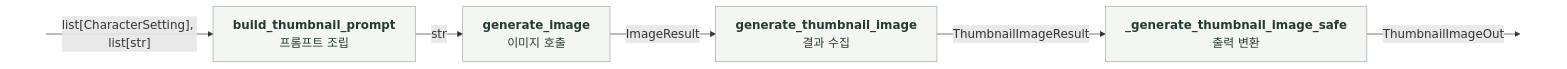
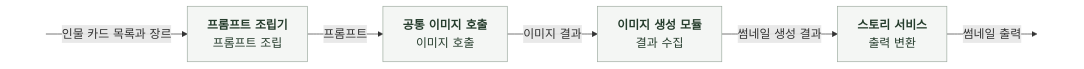
The fourth of 4 diagrams in docs/domain/STORY/AI/6-2-SOFTWARE-IMPLEMENTATION.md (KIM-N-KANG/knk-harness), drawn with Mermaid before and after one commit. The commit also changed other lines of this file and 24 other files, not shown here.

````diff
--- a/docs/domain/STORY/AI/6-2-SOFTWARE-IMPLEMENTATION.md
+++ b/docs/domain/STORY/AI/6-2-SOFTWARE-IMPLEMENTATION.md
@@ -581,15 +159,15 @@
 ```mermaid
 %%{init: {"themeVariables": {"fontSize": "18px"}, "flowchart": {"curve": "basis", "htmlLabels": true, "nodeSpacing": 24, "rankSpacing": 48}}}%%
 flowchart LR
-    I[" "] -->|"list[CharacterSetting], list[str]"| A["<b>build_thumbnail_prompt</b><br/>프롬프트 조립"]
-    A -->|str| B["<b>generate_image</b><br/>이미지 호출"]
-    B -->|ImageResult| C["<b>generate_thumbnail_image</b><br/>결과 수집"]
-    C -->|"ThumbnailImageResult"| D["<b>_generate_thumbnail_image_safe</b><br/>출력 변환"]
-    D -->|"ThumbnailImageOut"| O[" "]
+    I[" "] -->|"인물 카드 목록과 장르"| A["<b>프롬프트 조립기</b><br/>프롬프트 조립"]
+    A -->|프롬프트| B["<b>공통 이미지 호출</b><br/>이미지 호출"]
+    B -->|이미지 결과| C["<b>이미지 생성 모듈</b><br/>결과 수집"]
+    C -->|"썸네일 생성 결과"| D["<b>스토리 서비스</b><br/>출력 변환"]
+    D -->|"썸네일 출력"| O[" "]
     classDef data fill:#E8F2E8,stroke:#527A59,color:#182D1D
     classDef task fill:#F5D9C9,stroke:#B97450,color:#452B1D
     classDef code fill:#F4F6F4,stroke:#9BA99E,color:#253C2C
     class A,B,C,D code
     style I fill:none,stroke:none
     style O fill:none,stroke:none
 ```
````
